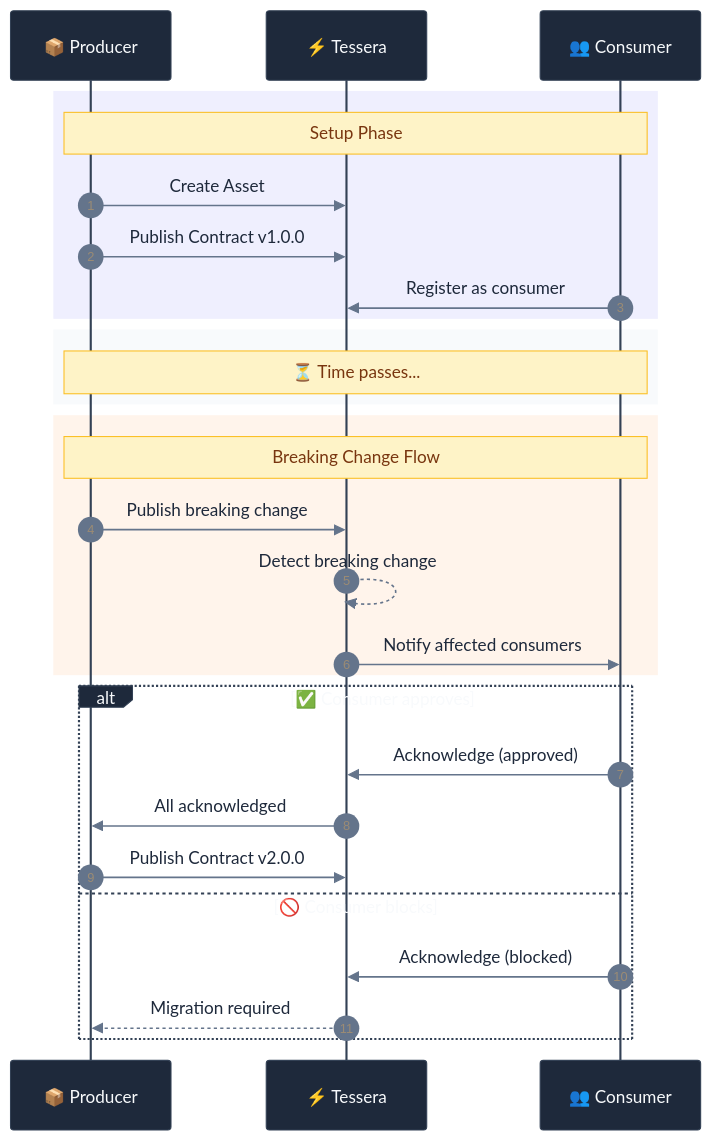
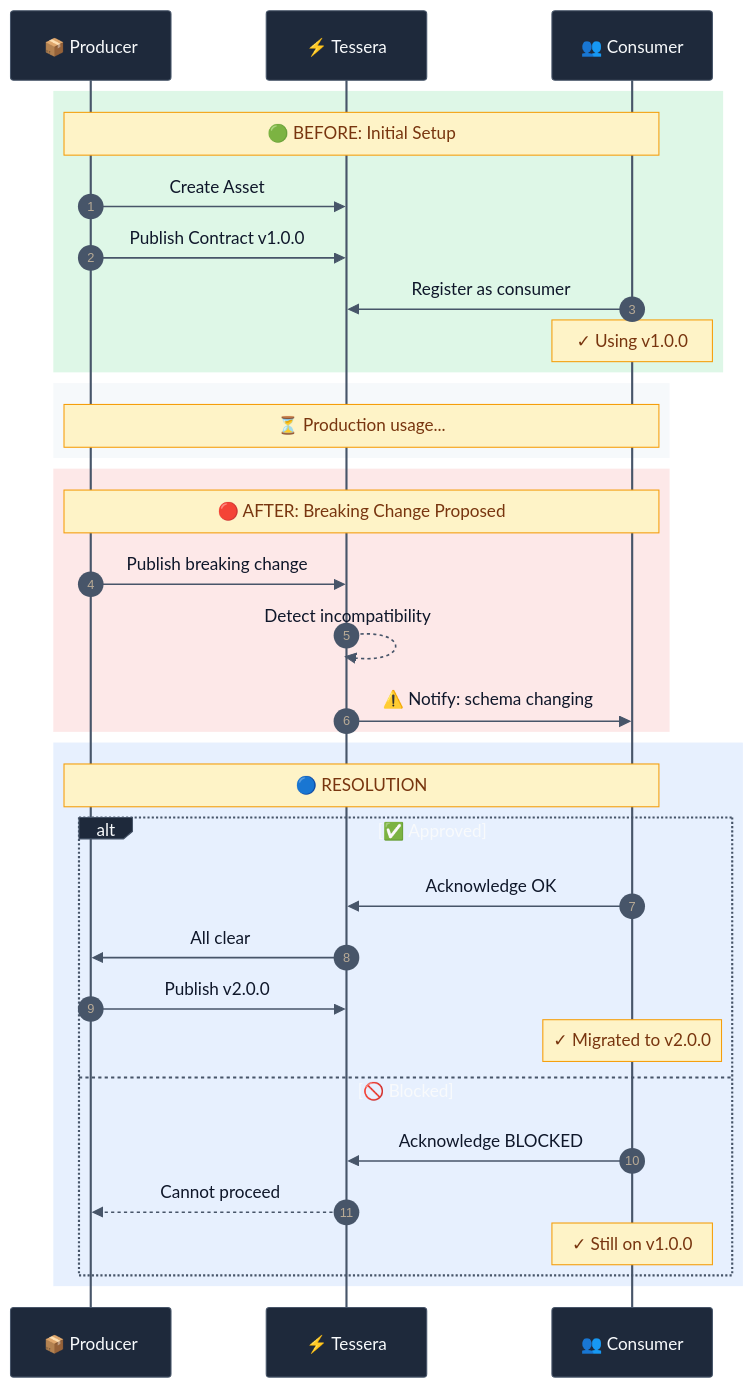
One commit to ashita-ai/tessera changed the diagram in README.md. Above: the diagram before and after it, drawn with Mermaid.

Commit message:
Improve diagram clarity with explicit BEFORE/AFTER phases

````diff
--- a/README.md
+++ b/README.md
@@ -13,35 +13,41 @@
 ```mermaid
-%%{init: {'theme': 'base', 'themeVariables': { 'primaryColor': '#6366f1', 'primaryTextColor': '#fff', 'primaryBorderColor': '#4f46e5', 'lineColor': '#64748b', 'secondaryColor': '#f1f5f9', 'tertiaryColor': '#f8fafc', 'noteBkgColor': '#fef3c7', 'noteTextColor': '#78350f', 'noteBorderColor': '#fbbf24', 'actorBkg': '#1e293b', 'actorTextColor': '#f8fafc', 'actorBorder': '#334155', 'signalColor': '#64748b', 'signalTextColor': '#1e293b'}}}%%
+%%{init: {'theme': 'base', 'themeVariables': { 'primaryColor': '#6366f1', 'primaryTextColor': '#fff', 'primaryBorderColor': '#4f46e5', 'lineColor': '#475569', 'secondaryColor': '#f1f5f9', 'tertiaryColor': '#f8fafc', 'noteBkgColor': '#fef3c7', 'noteTextColor': '#78350f', 'noteBorderColor': '#f59e0b', 'actorBkg': '#1e293b', 'actorTextColor': '#f8fafc', 'actorBorder': '#475569', 'signalColor': '#475569', 'signalTextColor': '#0f172a'}}}%%
 sequenceDiagram
     autonumber
     participant P as 📦 Producer
     participant T as ⚡ Tessera
     participant C as 👥 Consumer
 
-    rect rgba(99, 102, 241, 0.1)
-        Note over P,C: Setup Phase
+    rect rgba(34, 197, 94, 0.15)
+        Note over P,C: 🟢 BEFORE: Initial Setup
         P->>T: Create Asset
         P->>T: Publish Contract v1.0.0
         C->>T: Register as consumer
+        Note over C: ✓ Using v1.0.0
     end
 
-    rect rgba(241, 245, 249, 0.5)
-        Note over P,C: ⏳ Time passes...
+    rect rgba(241, 245, 249, 0.6)
+        Note over P,C: ⏳ Production usage...
     end
 
-    rect rgba(251, 146, 60, 0.1)
-        Note over P,C: Breaking Change Flow
+    rect rgba(239, 68, 68, 0.12)
+        Note over P,C: 🔴 AFTER: Breaking Change Proposed
         P->>T: Publish breaking change
-        T-->>T: Detect breaking change
-        T->>C: Notify affected consumers
+        T-->>T: Detect incompatibility
+        T->>C: ⚠️ Notify: schema changing
     end
 
-    alt ✅ Consumer approves
-        C->>T: Acknowledge (approved)
-        T->>P: All acknowledged
-        P->>T: Publish Contract v2.0.0
-    else 🚫 Consumer blocks
-        C->>T: Acknowledge (blocked)
-        T-->>P: Migration required
+    rect rgba(59, 130, 246, 0.12)
+        Note over P,C: 🔵 RESOLUTION
+        alt ✅ Approved
+            C->>T: Acknowledge OK
+            T->>P: All clear
+            P->>T: Publish v2.0.0
+            Note over C: ✓ Migrated to v2.0.0
+        else 🚫 Blocked
+            C->>T: Acknowledge BLOCKED
+            T-->>P: Cannot proceed
+            Note over C: ✓ Still on v1.0.0
+        end
     end
 ```
````
